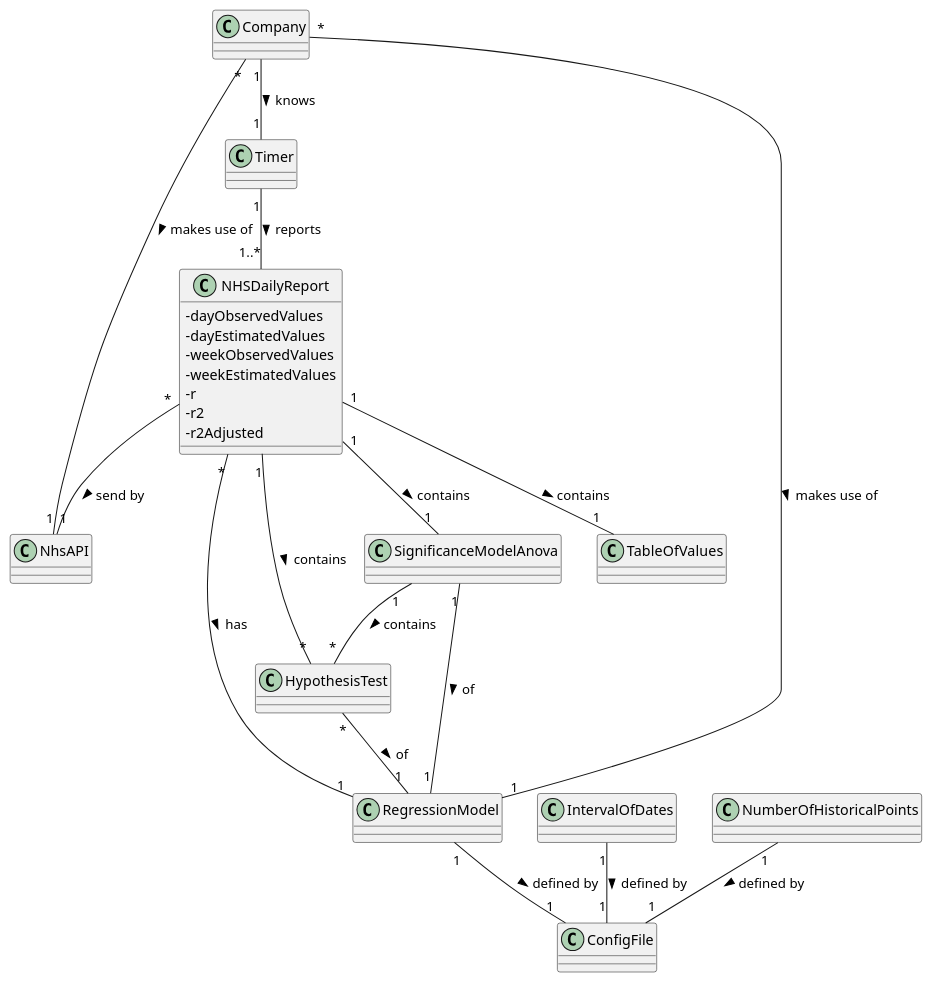
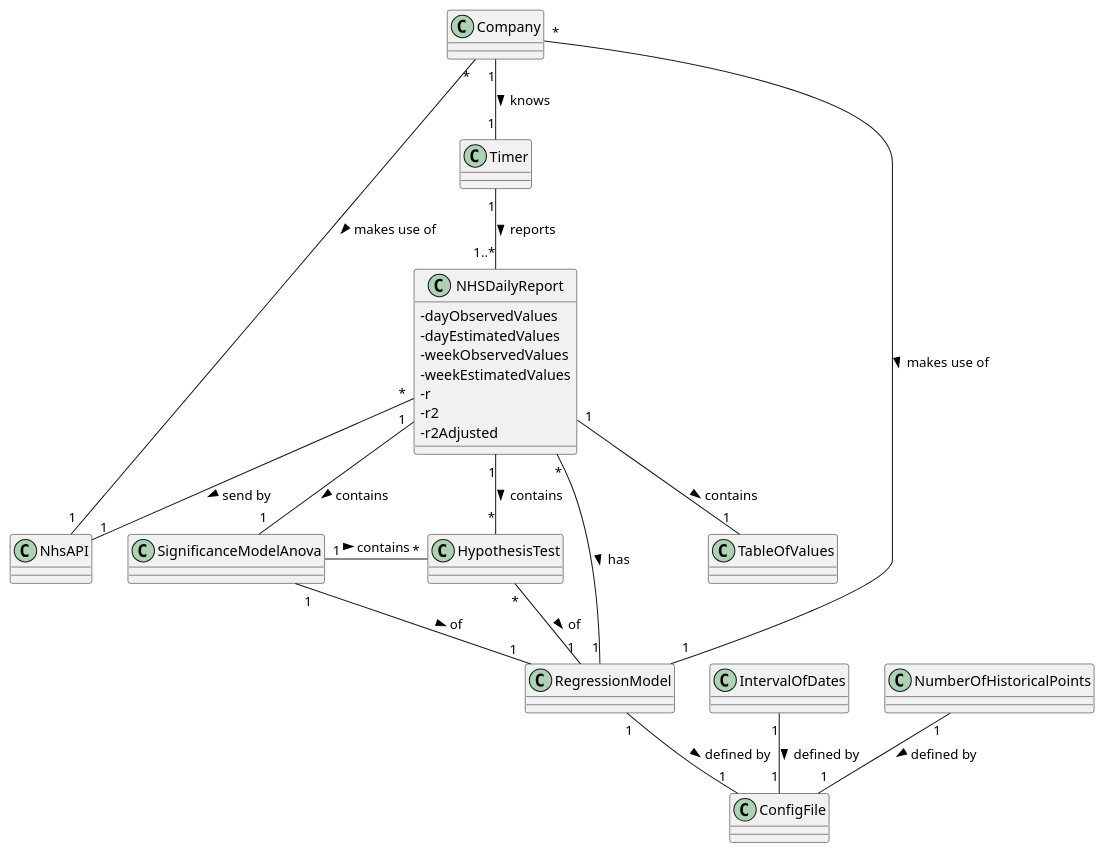
One commit to ana-albergaria/LAPR2-ISEP changed the diagram in docs/SprintD/US_19/US19_DM.puml. Above: the diagram before and after it, drawn with PlantUML. The commit also changed 8 other files, not shown here.

```diff
--- a/docs/SprintD/US_19/US19_DM.puml
+++ b/docs/SprintD/US_19/US19_DM.puml
@@ -1,55 +1,55 @@
 @startuml
 
 skinparam classAttributeIconSize 0
 
 class Timer {}
 class NhsAPI{}
 class NHSDailyReport {
 - dayObservedValues
 - dayEstimatedValues
 - weekObservedValues
 - weekEstimatedValues
 - r
 - r2
 - r2Adjusted
 }
 
 class RegressionModel {}
 
 class ConfigFile {}
 
 'The interval of dates to fit the regression model
 class IntervalOfDates {}
 
 'Number of days and number of weeks
 class NumberOfHistoricalPoints {}
 
 'hypothesis tests for regression coefficients
 class HypothesisTest {}
 
 'significance model with Anova.
 class SignificanceModelAnova {}
 
 class TableOfValues {}
 
 Timer "1" -- "1..*" NHSDailyReport : reports >
 Company "1" -- "1" Timer : knows >
 Company "*" - "1" NhsAPI : makes use of >
 NHSDailyReport "*" -- "1" NhsAPI : send by >
 NHSDailyReport "*" -- "1" RegressionModel : has >
 NHSDailyReport "1" -- "*" HypothesisTest : contains >
 NHSDailyReport "1" -- "1" SignificanceModelAnova : contains >
 Company "*" -- "1" RegressionModel : makes use of >
 HypothesisTest "*" -- "1" RegressionModel : of >
 SignificanceModelAnova "1" -- "1" RegressionModel : of >
-SignificanceModelAnova "1" -- "*" HypothesisTest : contains >
+SignificanceModelAnova "1" - "*" HypothesisTest : contains >
 NHSDailyReport "1" -- "1" TableOfValues : contains >
 
 'Apagar posteriormente
 RegressionModel "1" -- "1" ConfigFile : defined by >
 IntervalOfDates "1" -- "1" ConfigFile : defined by >
 NumberOfHistoricalPoints "1" -- "1" ConfigFile : defined by >
 
 
 
 @enduml
```
